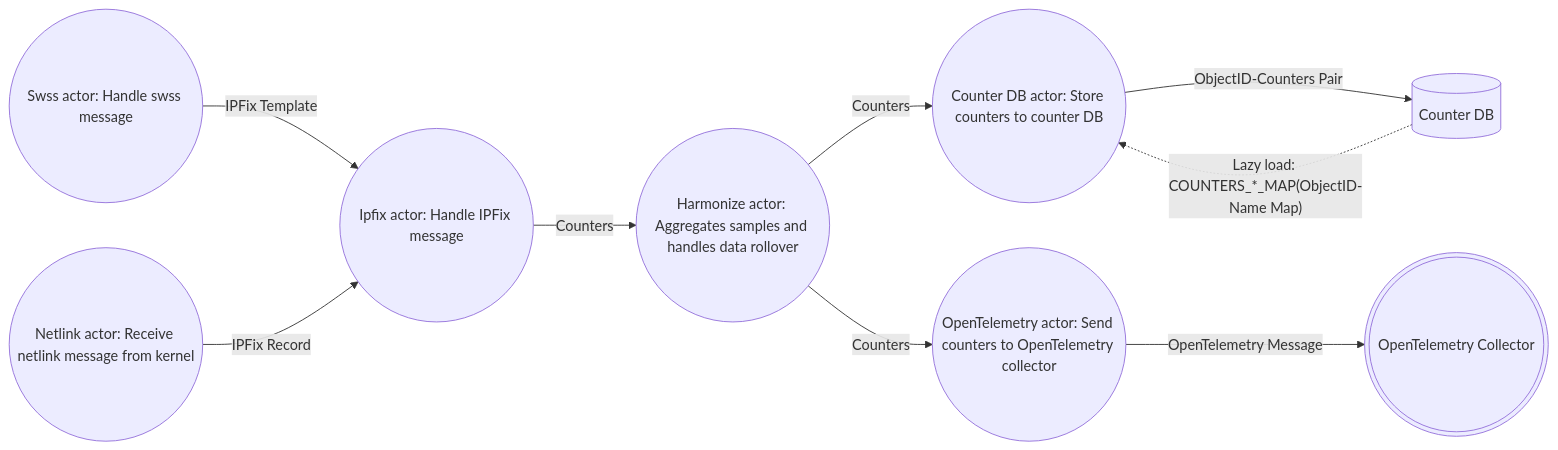
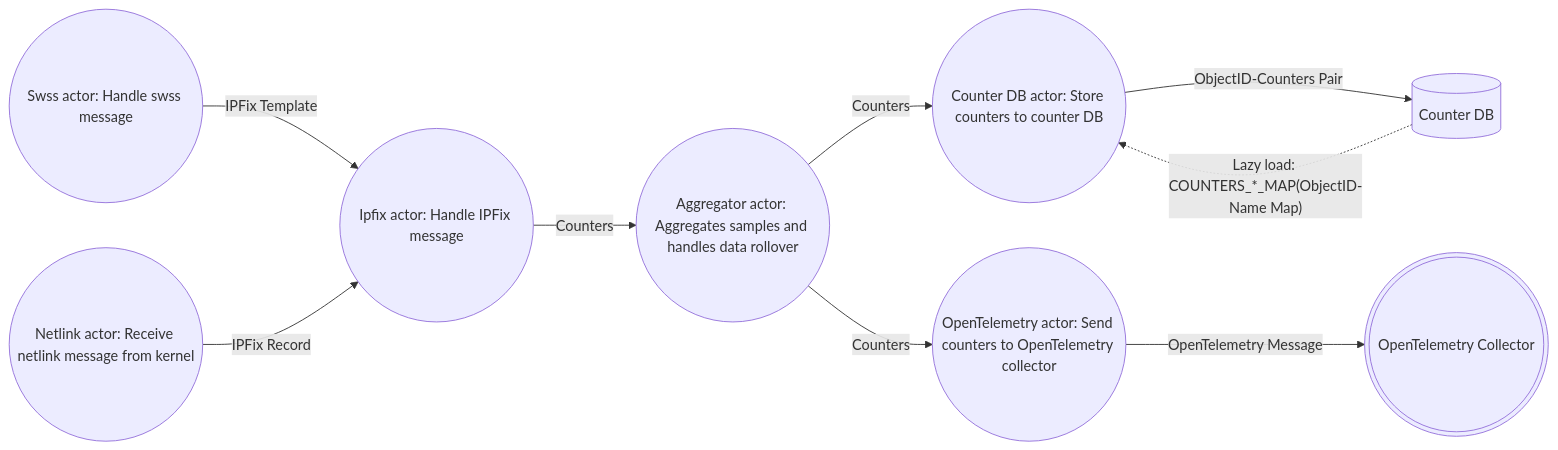
Before and after one commit to sonic-net/SONiC: the second of 10 diagrams in doc/high-frequency-telemetry/high-frequency-telemetry-hld.md, drawn with Mermaid. The commit also changed other lines of this file and 1 other file, not shown here.

Commit message:
Rename HFT harmonizer to aggregator

````diff
--- a/doc/high-frequency-telemetry/high-frequency-telemetry-hld.md
+++ b/doc/high-frequency-telemetry/high-frequency-telemetry-hld.md
@@ -169,22 +169,22 @@
 ``` mermaid
 
 flowchart LR
     swss_act((Swss actor: Handle swss message))
     netlink_act((Netlink actor: Receive netlink message from kernel))
     ipfix_act((Ipfix actor: Handle IPFix message))
-    harmonize_act((Harmonize actor: Aggregates samples and handles data rollover))
+    aggregate_act((Aggregator actor: Aggregates samples and handles data rollover))
     cdb_act((Counter DB actor: Store counters to counter DB))
     otel_act((OpenTelemetry actor: Send counters to OpenTelemetry collector))
     cdb[(Counter DB)]
     otel(((OpenTelemetry Collector)))
 
     swss_act -- IPFix Template --> ipfix_act
     netlink_act -- IPFix Record --> ipfix_act
-    ipfix_act -- Counters --> harmonize_act
-    harmonize_act -- Counters --> cdb_act
-    harmonize_act -- Counters --> otel_act
+    ipfix_act -- Counters --> aggregate_act
+    aggregate_act -- Counters --> cdb_act
+    aggregate_act -- Counters --> otel_act
     cdb_act -- ObjectID-Counters Pair --> cdb
     cdb -. Lazy load: COUNTERS_*_MAP(ObjectID-Name Map) .-> cdb_act
     otel_act -- OpenTelemetry Message --> otel
 
 ```
````
